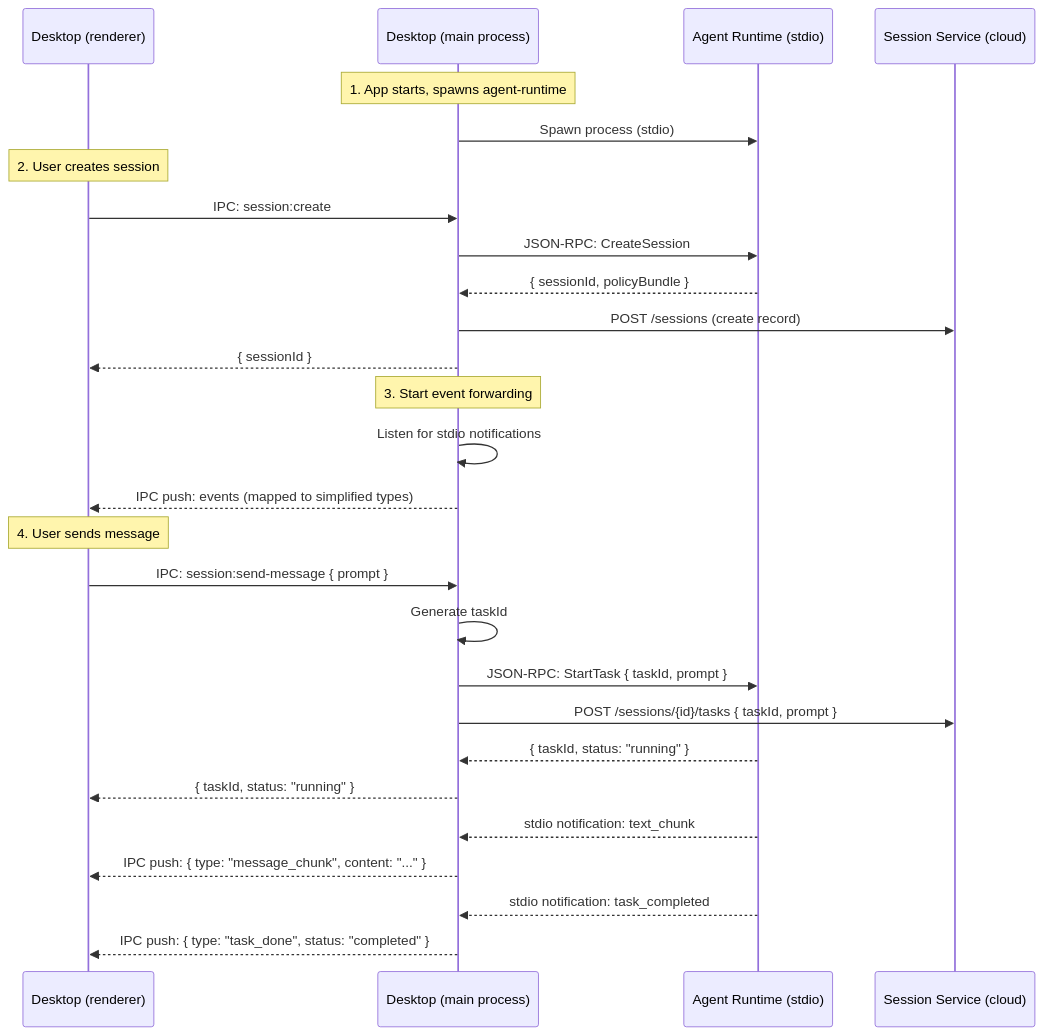
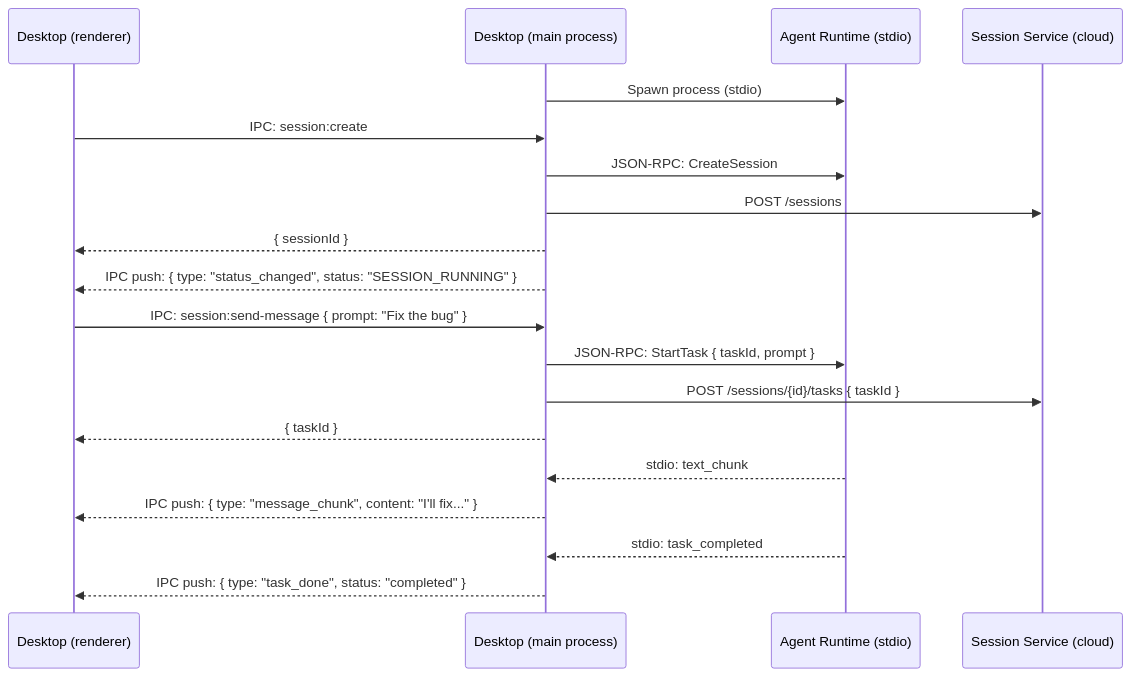
Before and after one commit to suman724/cowork-infra: the fourth of 5 diagrams in docs/design/simplified-session-api.md, drawn with Mermaid. The commit also changed other lines of this file, not shown here.

First line of the commit message:
docs: rewrite simplified session API — cleaner structure, no polling

````diff
--- a/docs/design/simplified-session-api.md
+++ b/docs/design/simplified-session-api.md
@@ -696,34 +279,26 @@
 ```mermaid
 sequenceDiagram
-    participant Renderer as Desktop (renderer)
+    participant UI as Desktop (renderer)
     participant Main as Desktop (main process)
     participant Agent as Agent Runtime (stdio)
     participant SS as Session Service (cloud)
 
-    Note over Main: 1. App starts, spawns agent-runtime
     Main->>Agent: Spawn process (stdio)
 
-    Note over Renderer: 2. User creates session
-    Renderer->>Main: IPC: session:create
+    UI->>Main: IPC: session:create
     Main->>Agent: JSON-RPC: CreateSession
-    Agent-->>Main: { sessionId, policyBundle }
-    Main->>SS: POST /sessions (create record)
-    Main-->>Renderer: { sessionId }
+    Main->>SS: POST /sessions
+    Main-->>UI: { sessionId }
 
-    Note over Main: 3. Start event forwarding
-    Main->>Main: Listen for stdio notifications
-    Main-->>Renderer: IPC push: events (mapped to simplified types)
+    Main-->>UI: IPC push: { type: "status_changed", status: "SESSION_RUNNING" }
 
-    Note over Renderer: 4. User sends message
-    Renderer->>Main: IPC: session:send-message { prompt }
-    Main->>Main: Generate taskId
+    UI->>Main: IPC: session:send-message { prompt: "Fix the bug" }
     Main->>Agent: JSON-RPC: StartTask { taskId, prompt }
-    Main->>SS: POST /sessions/{id}/tasks { taskId, prompt }
-    Agent-->>Main: { taskId, status: "running" }
-    Main-->>Renderer: { taskId, status: "running" }
+    Main->>SS: POST /sessions/{id}/tasks { taskId }
+    Main-->>UI: { taskId }
 
-    Agent-->>Main: stdio notification: text_chunk
-    Main-->>Renderer: IPC push: { type: "message_chunk", content: "..." }
-    Agent-->>Main: stdio notification: task_completed
-    Main-->>Renderer: IPC push: { type: "task_done", status: "completed" }
+    Agent-->>Main: stdio: text_chunk
+    Main-->>UI: IPC push: { type: "message_chunk", content: "I'll fix..." }
+    Agent-->>Main: stdio: task_completed
+    Main-->>UI: IPC push: { type: "task_done", status: "completed" }
 ```
````
